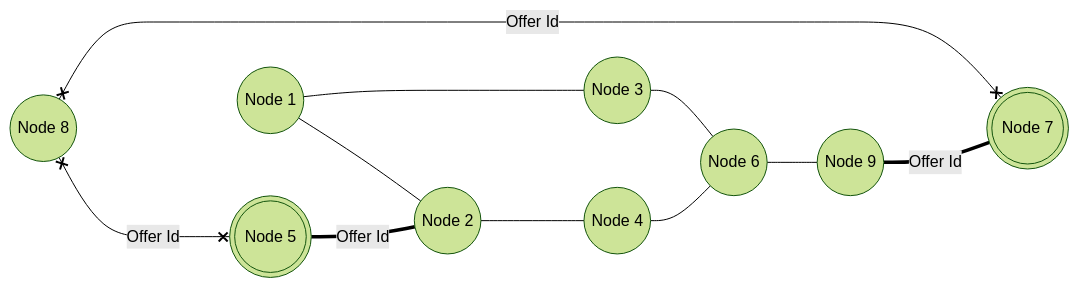
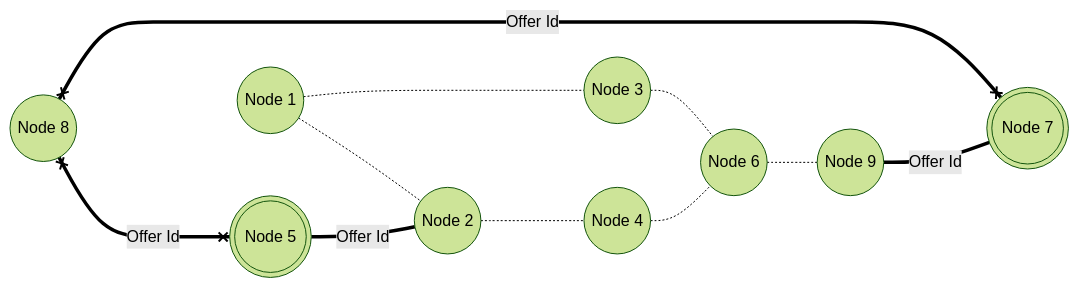
Before and after one commit to golemfactory/golem-architecture: the sixth of 10 diagrams in arch-snapshot/arch.md, drawn with Mermaid (forest theme). The commit also changed other lines of this file, not shown here.

Commit message:
Attempt to fix flowchart arrows

````diff
--- a/arch-snapshot/arch.md
+++ b/arch-snapshot/arch.md
@@ -621,23 +621,23 @@
 ```mermaid
 flowchart LR
   Node1((Node 1))
   Node2((Node 2))
   Node3((Node 3))
   Node4((Node 4))
   Node5(((Node 5)))
   Node6((Node 6))
   Node7(((Node 7)))
   Node8((Node 8))
   Node9((Node 9))
   
-  Node1 --- Node2
-  Node1 --- Node3
-  Node2 --- Node4
-  Node3 --- Node6
-  Node4 --- Node6
+  Node1 -.- Node2
+  Node1 -.- Node3
+  Node2 -.- Node4
+  Node3 -.- Node6
+  Node4 -.- Node6
   Node5 === |Offer Id| Node2
-  Node6 --- Node9
-  Node8 x---x |Offer Id| Node7
-  Node8 x---x |Offer Id| Node5
+  Node6 -.- Node9
+  Node8 x===x |Offer Id| Node7
+  Node8 x===x |Offer Id| Node5
   Node9 === |Offer Id| Node7
 ```
````
